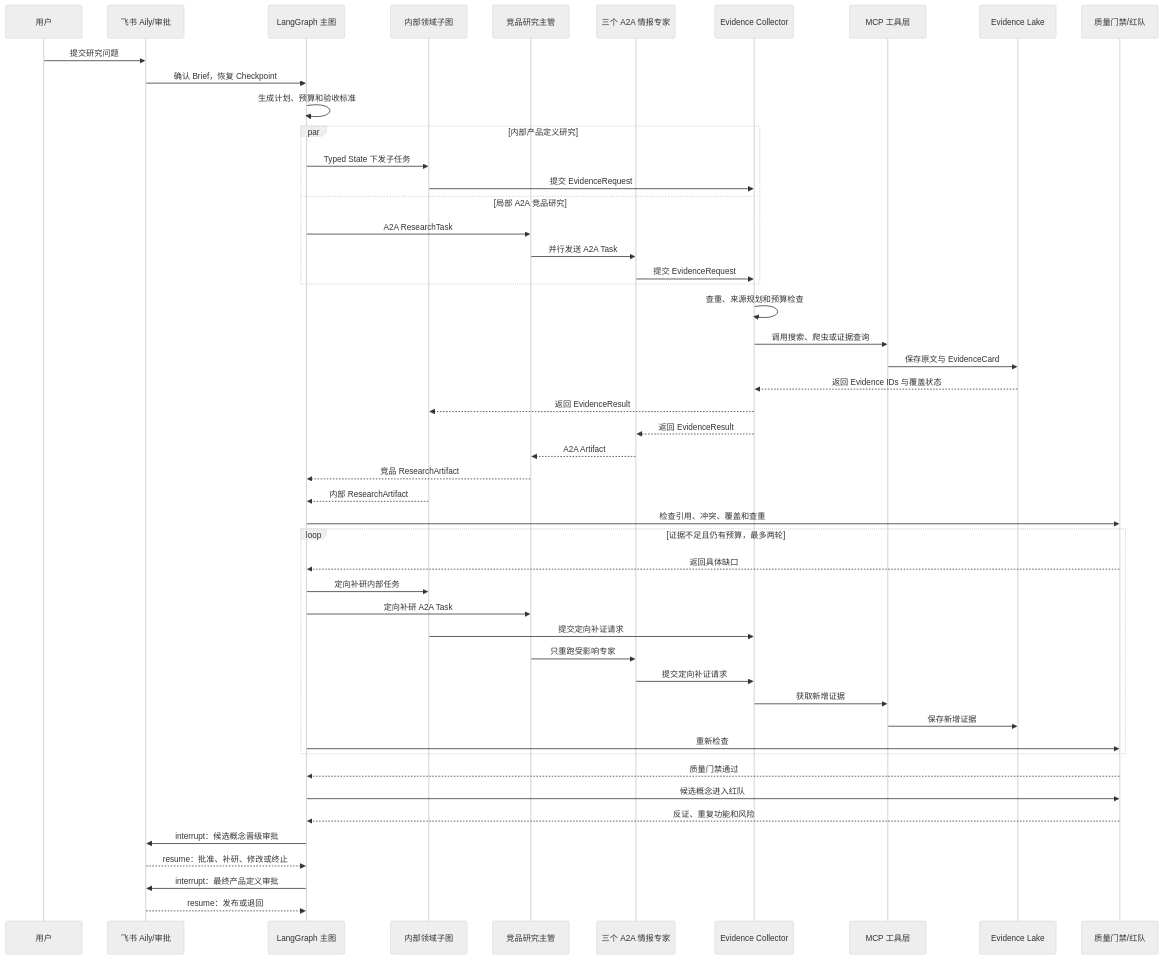
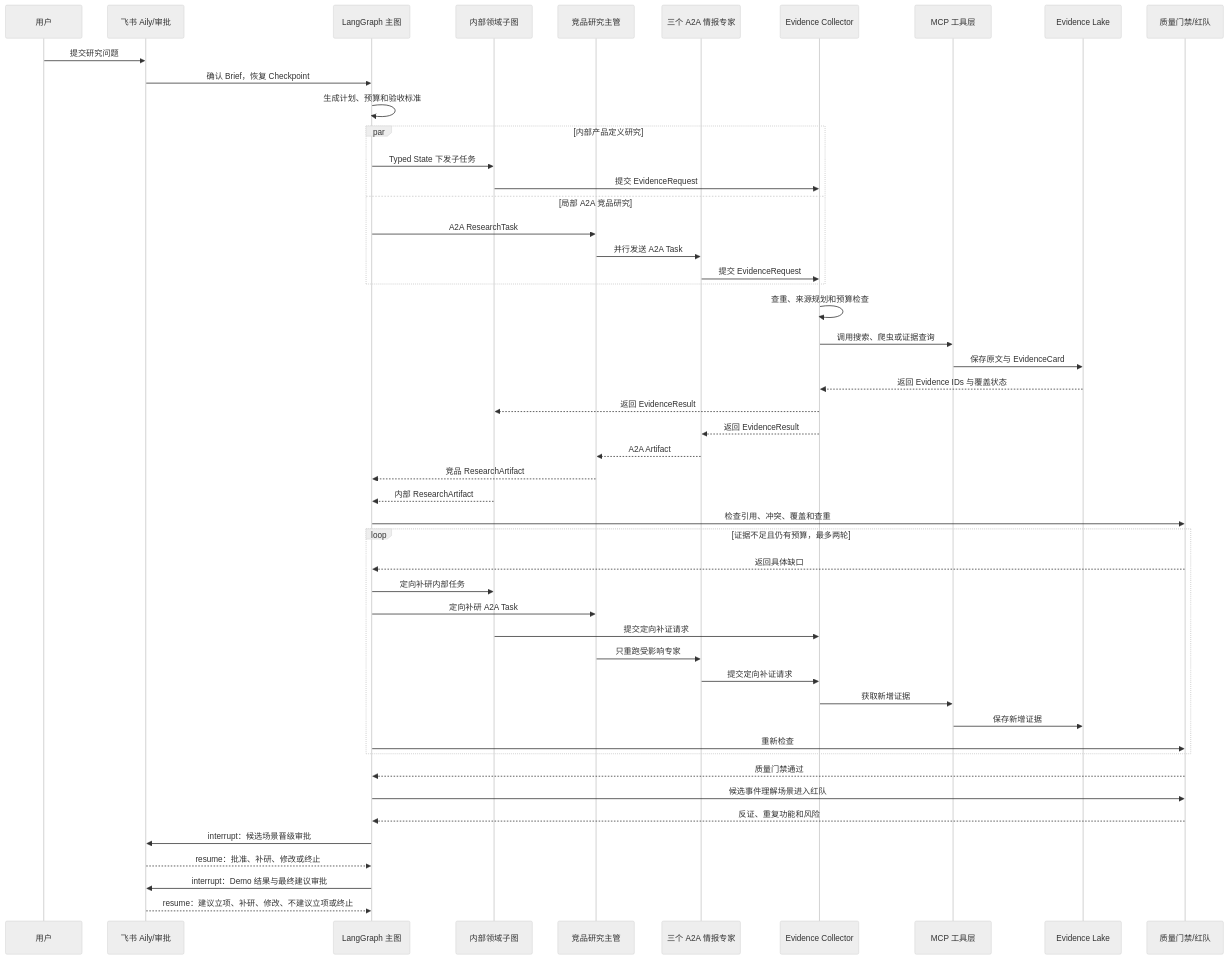
Before and after one commit to lnkloveating/agentinsight-eufy: the second of 2 diagrams in eufy调研报告.md, drawn with Mermaid (neutral theme). The commit also changed other lines of this file and 3 other files, not shown here.

````diff
--- a/eufy调研报告.md
+++ b/eufy调研报告.md
@@ -388,57 +390,57 @@
 ```mermaid
 sequenceDiagram
     participant U as 用户
     participant F as 飞书 Aily/审批
     participant L as LangGraph 主图
     participant I as 内部领域子图
     participant C as 竞品研究主管
     participant A as 三个 A2A 情报专家
     participant E as Evidence Collector
     participant MCP as MCP 工具层
     participant DB as Evidence Lake
     participant G as 质量门禁/红队
 
     U->>F: 提交研究问题
     F->>L: 确认 Brief，恢复 Checkpoint
     L->>L: 生成计划、预算和验收标准
 
     par 内部产品定义研究
         L->>I: Typed State 下发子任务
         I->>E: 提交 EvidenceRequest
     and 局部 A2A 竞品研究
         L->>C: A2A ResearchTask
         C->>A: 并行发送 A2A Task
         A->>E: 提交 EvidenceRequest
     end
 
     E->>E: 查重、来源规划和预算检查
     E->>MCP: 调用搜索、爬虫或证据查询
     MCP->>DB: 保存原文与 EvidenceCard
     DB-->>E: 返回 Evidence IDs 与覆盖状态
     E-->>I: 返回 EvidenceResult
     E-->>A: 返回 EvidenceResult
     A-->>C: A2A Artifact
     C-->>L: 竞品 ResearchArtifact
     I-->>L: 内部 ResearchArtifact
     L->>G: 检查引用、冲突、覆盖和查重
 
     loop 证据不足且仍有预算，最多两轮
         G-->>L: 返回具体缺口
         L->>I: 定向补研内部任务
         L->>C: 定向补研 A2A Task
         I->>E: 提交定向补证请求
         C->>A: 只重跑受影响专家
         A->>E: 提交定向补证请求
         E->>MCP: 获取新增证据
         MCP->>DB: 保存新增证据
         L->>G: 重新检查
     end
 
     G-->>L: 质量门禁通过
-    L->>G: 候选概念进入红队
+    L->>G: 候选事件理解场景进入红队
     G-->>L: 反证、重复功能和风险
-    L->>F: interrupt：候选概念晋级审批
+    L->>F: interrupt：候选场景晋级审批
     F-->>L: resume：批准、补研、修改或终止
-    L->>F: interrupt：最终产品定义审批
-    F-->>L: resume：发布或退回
+    L->>F: interrupt：Demo 结果与最终建议审批
+    F-->>L: resume：建议立项、补研、修改、不建议立项或终止
 ```
````
